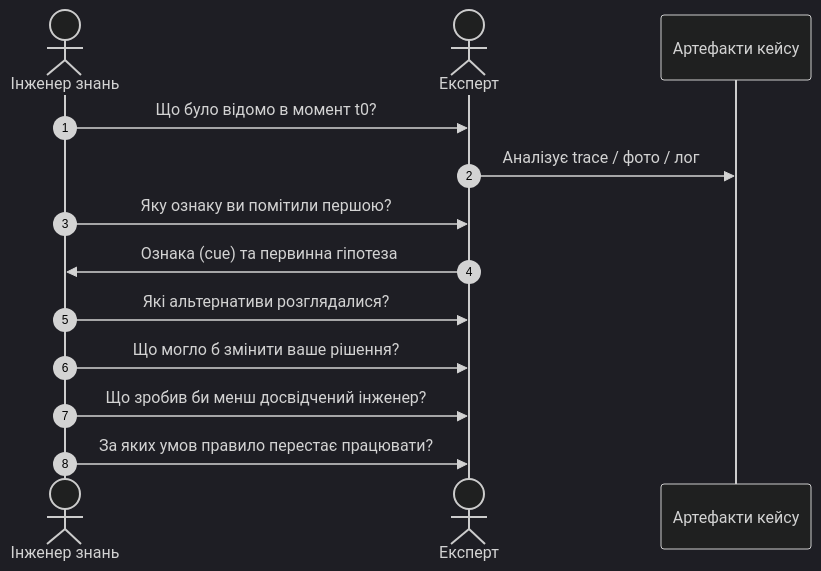
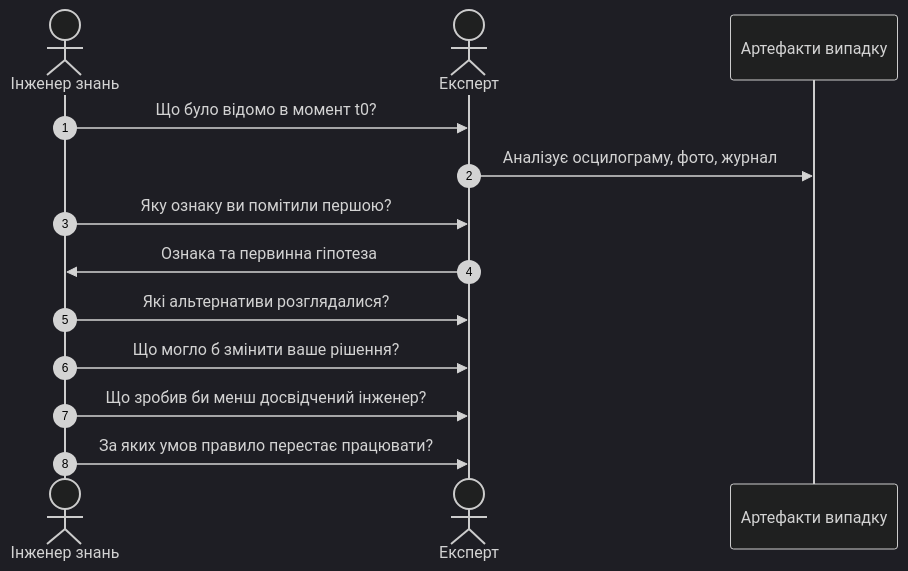
The second of 5 diagrams in ExpertSystem/ch11-knowledge-elicitation-from-experts.md (nick-fedchik/articles), drawn with Mermaid (dark theme) before and after one commit. The commit also changed other lines of this file, not shown here.

````diff
--- a/ExpertSystem/ch11-knowledge-elicitation-from-experts.md
+++ b/ExpertSystem/ch11-knowledge-elicitation-from-experts.md
@@ -99,19 +100,19 @@
 ```mermaid
 sequenceDiagram
     accTitle: Протокол реконструкції критичного інциденту
-    accDescr: Діаграма послідовності запитань інженера знань до експерта з прив'язкою до фактичних артефактів інциденту.
+    accDescr: Послідовність запитань інженера знань до експерта з прив'язкою до фактичних артефактів інциденту.
 
     autonumber
     actor K as Інженер знань
     actor E as Експерт
-    participant A as Артефакти кейсу
+    participant A as Артефакти випадку
 
     K->>E: Що було відомо в момент t0?
-    E->>A: Аналізує trace / фото / лог
+    E->>A: Аналізує осцилограму, фото, журнал
     K->>E: Яку ознаку ви помітили першою?
-    E->>K: Ознака (cue) та первинна гіпотеза
+    E->>K: Ознака та первинна гіпотеза
     K->>E: Які альтернативи розглядалися?
     K->>E: Що могло б змінити ваше рішення?
     K->>E: Що зробив би менш досвідчений інженер?
     K->>E: За яких умов правило перестає працювати?
 ```
````
